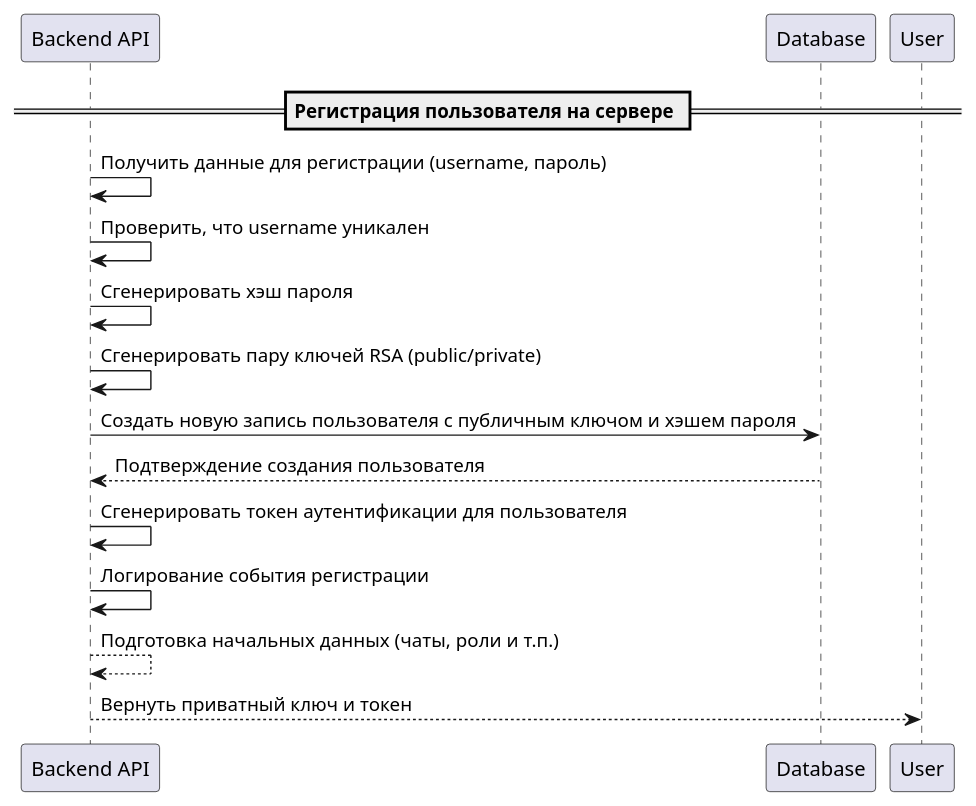
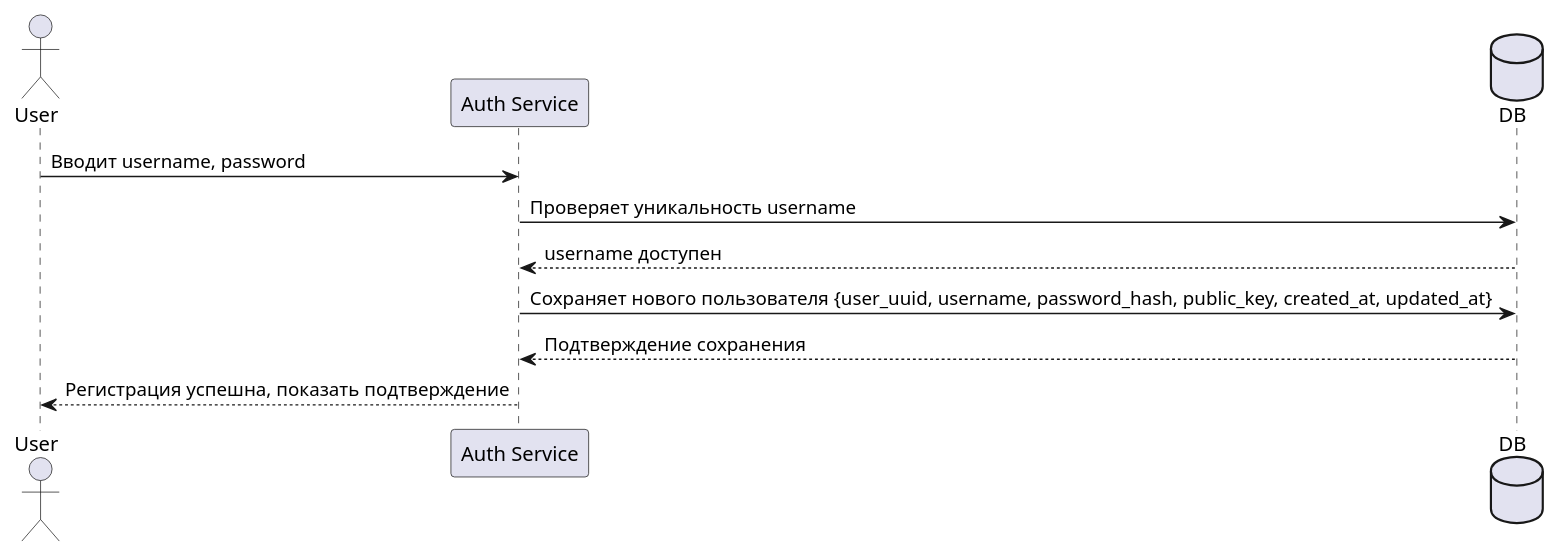
Before and after one commit to sbilibin2017/bil-message: the diagram in docs/register.puml, drawn with PlantUML. The commit also changed 9 other files, not shown here.

```diff
--- a/docs/register.puml
+++ b/docs/register.puml
@@ -1,16 +1,12 @@
 @startuml
-participant "Backend API" as API
-participant "Database" as DB
+actor User
+participant "Auth Service" as Auth
+database "DB" as DB
 
-== Регистрация пользователя на сервере ==
-API -> API: Получить данные для регистрации (username, пароль)
-API -> API: Проверить, что username уникален
-API -> API: Сгенерировать хэш пароля
-API -> API: Сгенерировать пару ключей RSA (public/private)
-API -> DB: Создать новую запись пользователя с публичным ключом и хэшем пароля
-DB --> API: Подтверждение создания пользователя
-API -> API: Сгенерировать токен аутентификации для пользователя
-API -> API: Логирование события регистрации
-API --> API: Подготовка начальных данных (чаты, роли и т.п.)
-API --> User: Вернуть приватный ключ и токен
+User -> Auth : Вводит username, password
+Auth -> DB : Проверяет уникальность username
+DB --> Auth : username доступен
+Auth -> DB : Сохраняет нового пользователя {user_uuid, username, password_hash, public_key, created_at, updated_at}
+DB --> Auth : Подтверждение сохранения
+Auth --> User : Регистрация успешна, показать подтверждение
 @enduml
```
